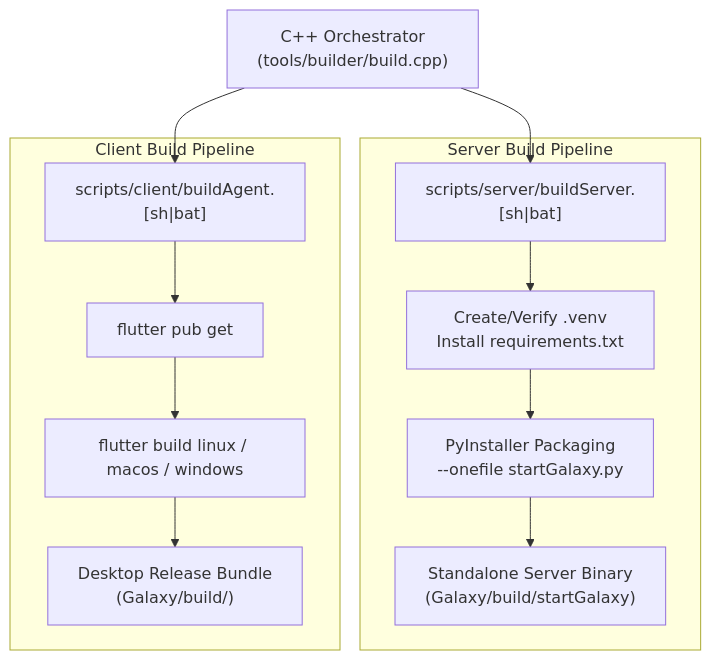
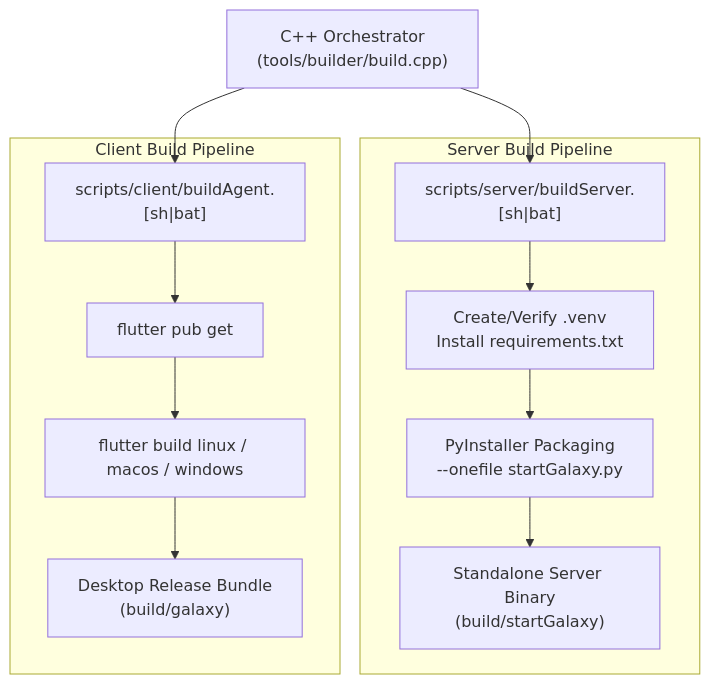
One commit to AurionSoftwaresDev/Galaxy-AI-Agent changed the diagram in docs/build.md. Above: the diagram before and after it, drawn with Mermaid. The commit also changed other lines of this file and 10 other files, not shown here.

````diff
--- a/docs/build.md
+++ b/docs/build.md
@@ -11,23 +11,23 @@
 ```mermaid
 graph TD
     Builder["C++ Orchestrator<br/>(tools/builder/build.cpp)"]
     
     subgraph ServerBuild["Server Build Pipeline"]
         ServerScript["scripts/server/buildServer.[sh|bat]"]
         PyEnv["Create/Verify .venv<br/>Install requirements.txt"]
         PyInstaller["PyInstaller Packaging<br/>--onefile startGalaxy.py"]
-        ServerBin["Standalone Server Binary<br/>(Galaxy/build/startGalaxy)"]
+        ServerBin["Standalone Server Binary<br/>(build/startGalaxy)"]
     end
 
     subgraph ClientBuild["Client Build Pipeline"]
         ClientScript["scripts/client/buildAgent.[sh|bat]"]
         FlutterPub["flutter pub get"]
         FlutterBuild["flutter build linux / macos / windows"]
-        ClientBundle["Desktop Release Bundle<br/>(Galaxy/build/)"]
+        ClientBundle["Desktop Release Bundle<br/>(build/galaxy)"]
     end
 
     Builder --> ServerScript
     Builder --> ClientScript
     ServerScript --> PyEnv --> PyInstaller --> ServerBin
     ClientScript --> FlutterPub --> FlutterBuild --> ClientBundle
 ```
````
